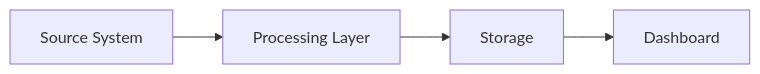
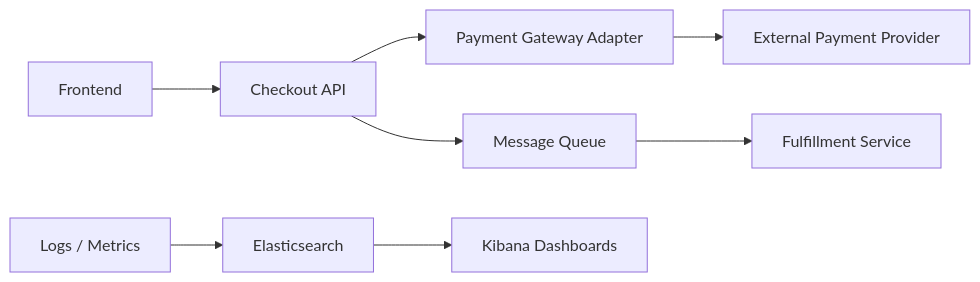
One commit to lil-Dangerz/tzafa-project-v0.1 changed the diagram in 01_context/TOPOLOGY.md. Above: the diagram before and after it, drawn with Mermaid. The commit also changed other lines of this file and 7 other files, not shown here.

````diff
--- a/01_context/TOPOLOGY.md
+++ b/01_context/TOPOLOGY.md
@@ -117,6 +128,10 @@
 ```mermaid
 flowchart LR
-    A[Source System] --> B[Processing Layer]
-    B --> C[Storage]
-    C --> D[Dashboard]
+    A[Frontend] --> B[Checkout API]
+    B --> C[Payment Gateway Adapter]
+    C --> D[External Payment Provider]
+    B --> E[Message Queue]
+    E --> F[Fulfillment Service]
+    G[Logs / Metrics] --> H[Elasticsearch]
+    H --> I[Kibana Dashboards]
 ```
````
